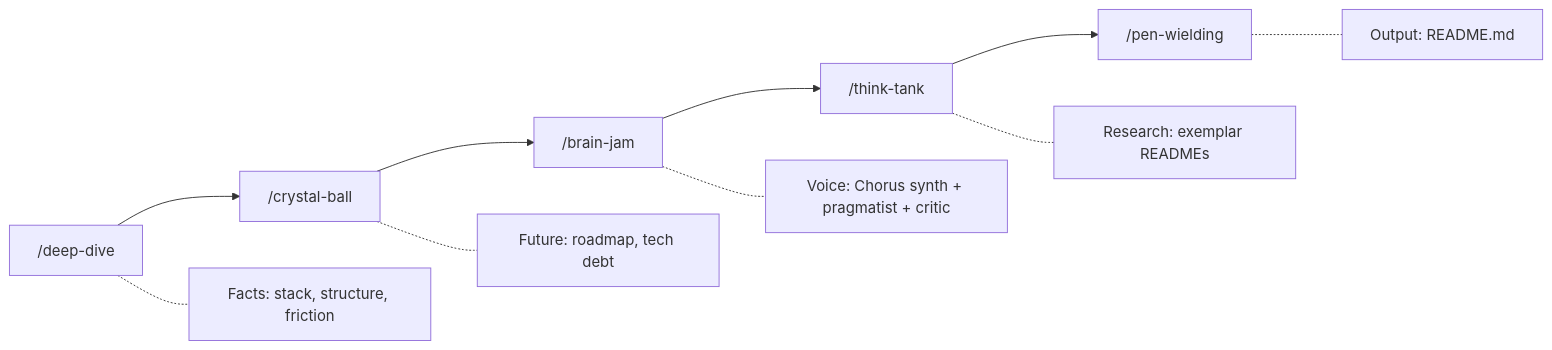
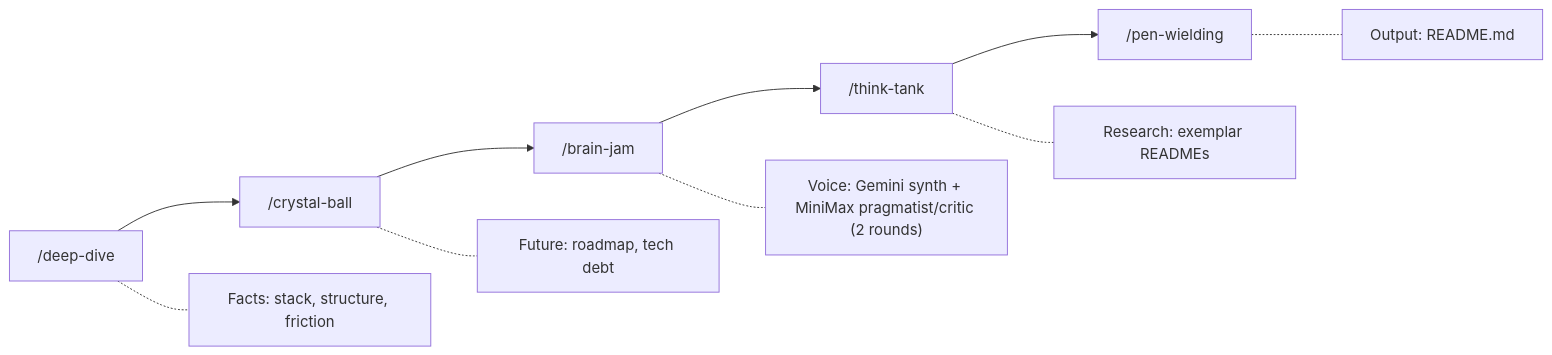
Before and after one commit to kellenff/claudikins-github-readme-for-perfectionists: the diagram in README.md, drawn with Mermaid. The commit also changed other lines of this file and 7 other files, not shown here.

First line of the commit message:
feat(brain-jam): Gemini synth cast with provider fallback

````diff
--- a/README.md
+++ b/README.md
@@ -63,13 +65,13 @@
 ```mermaid
 flowchart LR
     A["/deep-dive"] --> B["/crystal-ball"]
     B --> C["/brain-jam"]
     C --> D["/think-tank"]
     D --> E["/pen-wielding"]
 
     A -.- A1["Facts: stack, structure, friction"]
     B -.- B1["Future: roadmap, tech debt"]
-    C -.- C1["Voice: Chorus synth + pragmatist + critic"]
+    C -.- C1["Voice: Gemini synth + MiniMax pragmatist/critic (2 rounds)"]
     D -.- D1["Research: exemplar READMEs"]
     E -.- E1["Output: README.md"]
 ```
````
